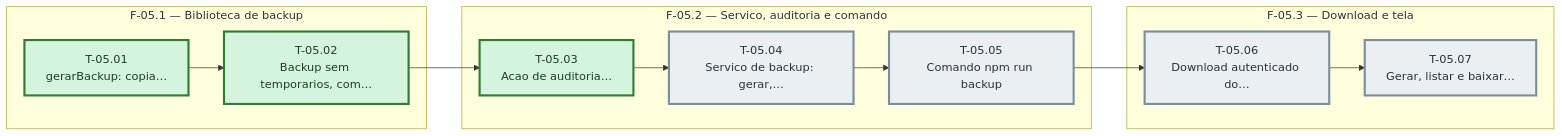
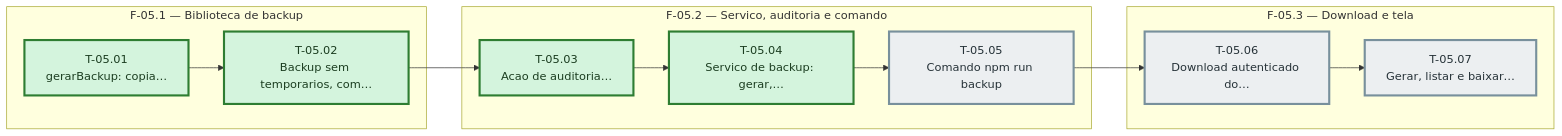
One commit to bittencourtthulio/converse-chatbot changed the diagram in docs/operacao-e-backup/sprint-05/fases.md. Above: the diagram before and after it, drawn with Mermaid. The commit also changed 3 other files, not shown here.

````diff
--- a/docs/operacao-e-backup/sprint-05/fases.md
+++ b/docs/operacao-e-backup/sprint-05/fases.md
@@ -38,38 +38,38 @@
 ```mermaid
 %% Grafo de tasks — sprint-05 — gerado pela sprintx a partir de tasks.md
 flowchart LR
   subgraph fase_05_1["F-05.1 — Biblioteca de backup"]
     T_05_01["T-05.01<br/>gerarBackup: copia…"]
     T_05_02["T-05.02<br/>Backup sem temporarios, com…"]
   end
   subgraph fase_05_2["F-05.2 — Servico, auditoria e comando"]
     T_05_03["T-05.03<br/>Acao de auditoria…"]
     T_05_04["T-05.04<br/>Servico de backup: gerar,…"]
     T_05_05["T-05.05<br/>Comando npm run backup"]
   end
   subgraph fase_05_3["F-05.3 — Download e tela"]
     T_05_06["T-05.06<br/>Download autenticado do…"]
     T_05_07["T-05.07<br/>Gerar, listar e baixar…"]
   end
   T_05_01 --> T_05_02
   T_05_02 --> T_05_03
   T_05_03 --> T_05_04
   T_05_04 --> T_05_05
   T_05_05 --> T_05_06
   T_05_06 --> T_05_07
 
   classDef concluida fill:#d4f4dd,stroke:#2e7d32,color:#1b3d20
   classDef andamento fill:#fff3cd,stroke:#b8860b,color:#4a3800
   classDef bloqueada fill:#f8d7da,stroke:#c62828,color:#4a1d1f
   classDef pendente  fill:#eceff1,stroke:#78909c,color:#263238
   classDef critico   stroke-width:3px
 
   class T_05_01 concluida
   class T_05_02 concluida
   class T_05_03 concluida
-  class T_05_04 pendente
+  class T_05_04 concluida
   class T_05_05 pendente
   class T_05_06 pendente
   class T_05_07 pendente
   class T_05_07,T_05_06,T_05_05,T_05_04,T_05_03,T_05_02,T_05_01 critico
 ```
````
